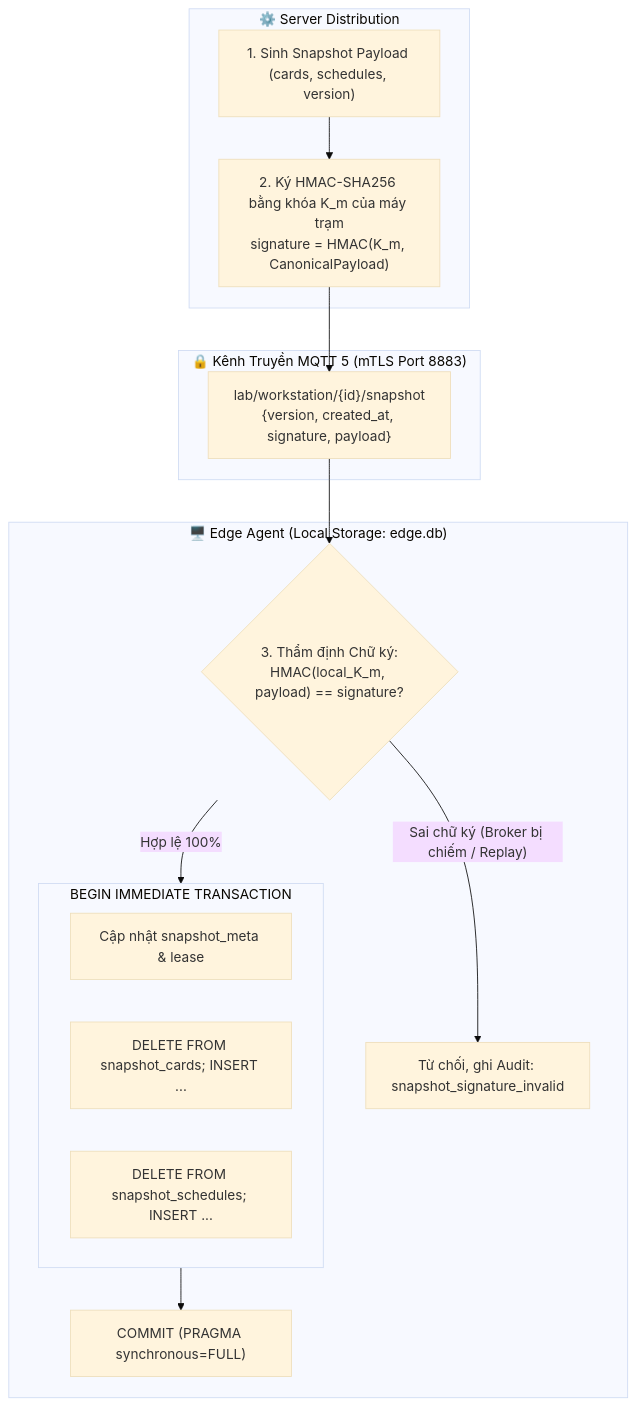
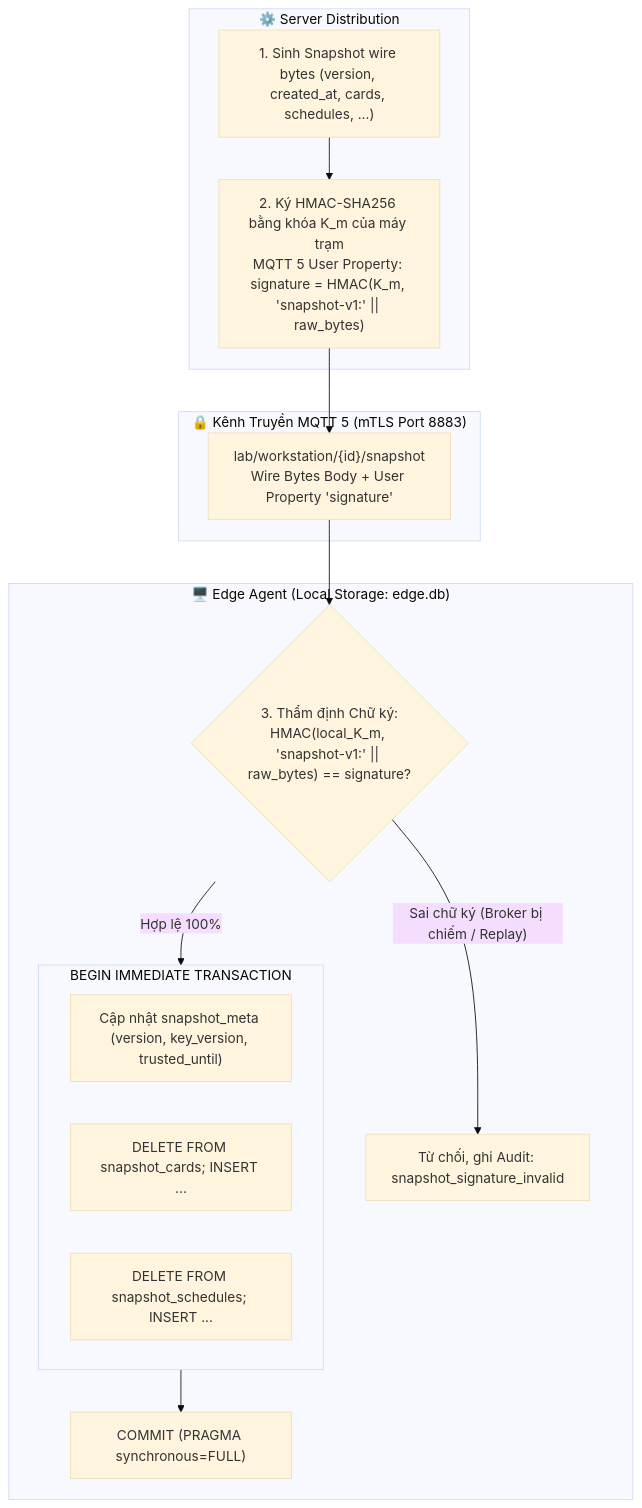
Before and after one commit to binhtoong21/linux-access-control: the diagram in design/docs/06-architecture/decisions/ADR-003-luu-tru-cuc-bo-va-xac-thuc-snapshot.md, drawn with Mermaid (base theme). The commit also changed other lines of this file and 15 other files, not shown here.

````diff
--- a/design/docs/06-architecture/decisions/ADR-003-luu-tru-cuc-bo-va-xac-thuc-snapshot.md
+++ b/design/docs/06-architecture/decisions/ADR-003-luu-tru-cuc-bo-va-xac-thuc-snapshot.md
@@ -61,28 +61,28 @@
 ```mermaid
 flowchart TD
     subgraph SERVER["⚙️ Server Distribution"]
-        GenSnap["1. Sinh Snapshot Payload (cards, schedules, version)"]
-        SignSnap["2. Ký HMAC-SHA256 bằng khóa K_m của máy trạm<br>signature = HMAC(K_m, CanonicalPayload)"]
+        GenSnap["1. Sinh Snapshot wire bytes (version, created_at, cards, schedules, ...)"]
+        SignSnap["2. Ký HMAC-SHA256 bằng khóa K_m của máy trạm<br>MQTT 5 User Property: signature = HMAC(K_m, 'snapshot-v1:' || raw_bytes)"]
     end
 
     subgraph NETWORK["🔒 Kênh Truyền MQTT 5 (mTLS Port 8883)"]
-        Topic["lab/workstation/{id}/snapshot<br>{version, created_at, signature, payload}"]
+        Topic["lab/workstation/{id}/snapshot<br>Wire Bytes Body + User Property 'signature'"]
     end
 
     subgraph EDGE["🖥️ Edge Agent (Local Storage: edge.db)"]
-        Verify{"3. Thẩm định Chữ ký:<br>HMAC(local_K_m, payload) == signature?"}
+        Verify{"3. Thẩm định Chữ ký:<br>HMAC(local_K_m, 'snapshot-v1:' || raw_bytes) == signature?"}
         Reject["Từ chối, ghi Audit: snapshot_signature_invalid"]
         
         subgraph SQLITE_TX["BEGIN IMMEDIATE TRANSACTION"]
-            UpdateMeta["Cập nhật snapshot_meta & lease"]
+            UpdateMeta["Cập nhật snapshot_meta (version, key_version, trusted_until)"]
             ReplaceCards["DELETE FROM snapshot_cards; INSERT ..."]
             ReplaceSched["DELETE FROM snapshot_schedules; INSERT ..."]
         end
         Commit["COMMIT (PRAGMA synchronous=FULL)"]
     end
 
     GenSnap --> SignSnap --> Topic --> Verify
     Verify -- "Sai chữ ký (Broker bị chiếm / Replay)" --> Reject
     Verify -- "Hợp lệ 100%" --> SQLITE_TX
     SQLITE_TX --> Commit
 ```
````
